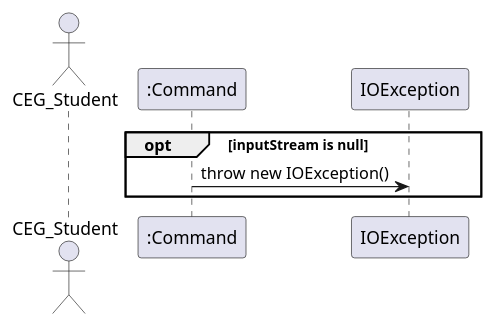
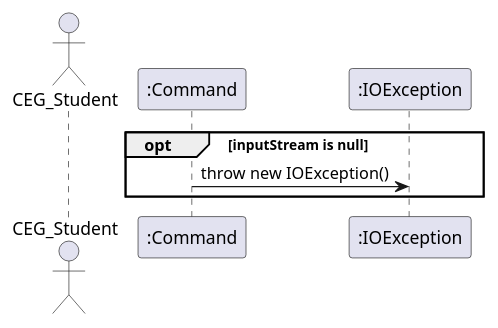
Before and after one commit to nus-cs2113-AY2425S1/tp: the diagram in docs/diagrams/CommandFileRead.puml, drawn with PlantUML. The commit also changed 1 other file, not shown here.

```diff
--- a/docs/diagrams/CommandFileRead.puml
+++ b/docs/diagrams/CommandFileRead.puml
@@ -1,11 +1,12 @@
 @startuml
 'https://plantuml.com/sequence-diagram
 
 actor CEG_Student
 
 participant ":Command" as Command
+participant ":IOException" as IOException
 
 opt inputStream is null
     Command -> IOException: throw new IOException()
 end
 @enduml
```
